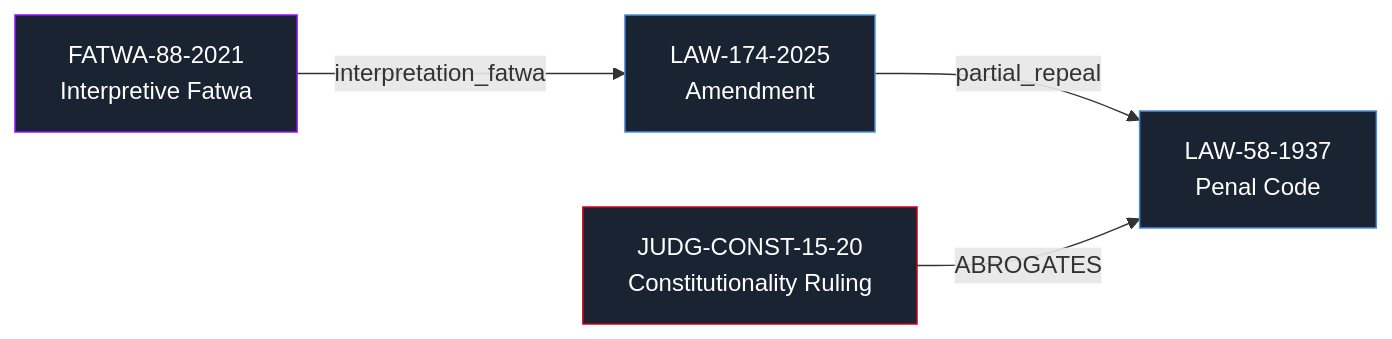
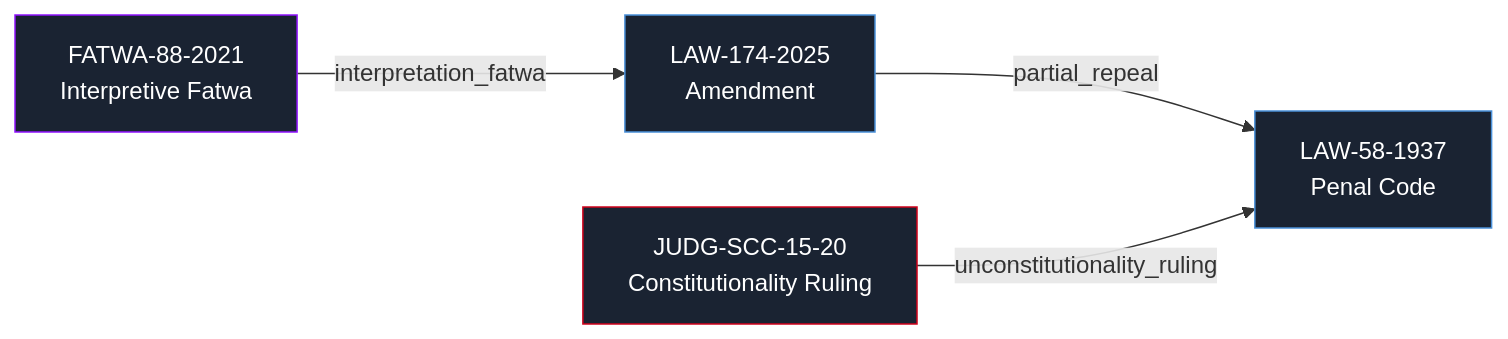
One commit to heshammalek/ELKM-Egyptian-Legal-Knowledge-Model changed the fourth of 4 diagrams in README.md. Above: the diagram before and after it, drawn with Mermaid. The commit also changed other lines of this file, not shown here.

````diff
--- a/README.md
+++ b/README.md
@@ -361,16 +362,16 @@
 ```mermaid
 graph LR
     L1["LAW-58-1937<br/>Penal Code"]
     L2["LAW-174-2025<br/>Amendment"]
-    J1["JUDG-CONST-15-20<br/>Constitutionality Ruling"]
+    J1["JUDG-SCC-15-20<br/>Constitutionality Ruling"]
     F1["FATWA-88-2021<br/>Interpretive Fatwa"]
 
     L2 -->|partial_repeal| L1
-    J1 -->|ABROGATES| L1
+    J1 -->|unconstitutionality_ruling| L1
     F1 -->|interpretation_fatwa| L2
 
     style L1 fill:#1a2332,stroke:#4a90d9,color:#fff
     style L2 fill:#1a2332,stroke:#4a90d9,color:#fff
     style J1 fill:#1a2332,stroke:#d0021b,color:#fff
     style F1 fill:#1a2332,stroke:#9013fe,color:#fff
 ```
````
